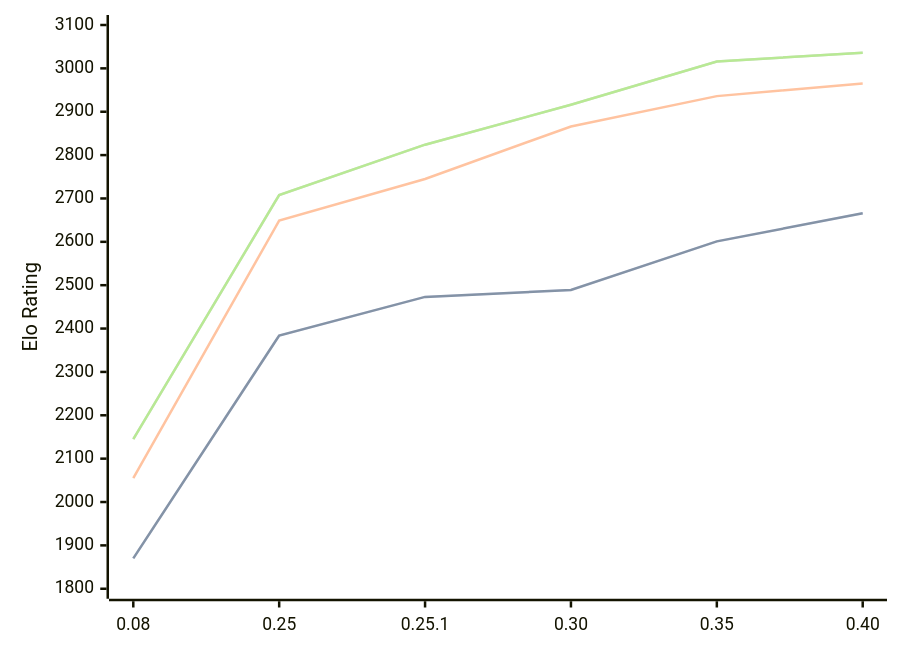
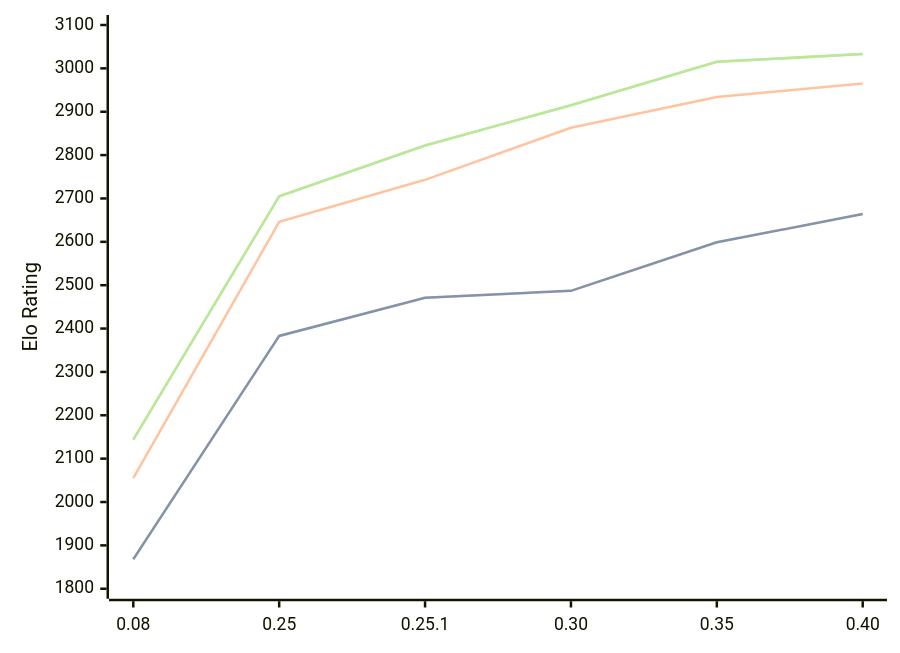
One commit to computer-chess-index/cci changed the diagram in engines/Gecko.md. Above: the diagram before and after it, drawn with Mermaid. The commit also changed other lines of this file, not shown here.

Commit message:
Update CCI Ratings (ELO VLTC) - 2026-08-12

````diff
--- a/engines/Gecko.md
+++ b/engines/Gecko.md
@@ -36,11 +36,11 @@
 ```mermaid
 %%{init: {"theme":"base","themeVariables":{"seriesColors:['#a3a3a3','#222221','#faa371']}}}%%
 xychart-beta
   x-axis ["0.08", "0.25", "0.25.1", "0.30", "0.35", "0.40"]
   y-axis "Elo Rating" 1800 --> 3100
-  line "STC (8.0+0.08s)" [1870, 2384, 2473, 2489, 2601, 2666]
-  line "STC (8.0+0.08s)" [1870, 2384, 2473, 2489, 2601, 2666]
-  line "LTC (60.0+0.60s)" [2055, 2649, 2745, 2866, 2936, 2965]
-  line "VLTC (2m24s+1.12s)" [2145, 2708, 2824, 2916, 3016, 3036]
-  line "VLTC (2m24s+1.12s)" [2145, 2708, 2824, 2916, 3016, 3036]
+  line "STC (8.0+0.08s)" [1868, 2383, 2471, 2487, 2599, 2664]
+  line "STC (8.0+0.08s)" [1868, 2383, 2471, 2487, 2599, 2664]
+  line "LTC (60.0+0.60s)" [2055, 2646, 2743, 2863, 2934, 2965]
+  line "VLTC (2m24s+1.12s)" [2144, 2705, 2822, 2915, 3015, 3033]
+  line "VLTC (2m24s+1.12s)" [2144, 2705, 2822, 2915, 3015, 3033]
 ```
````
